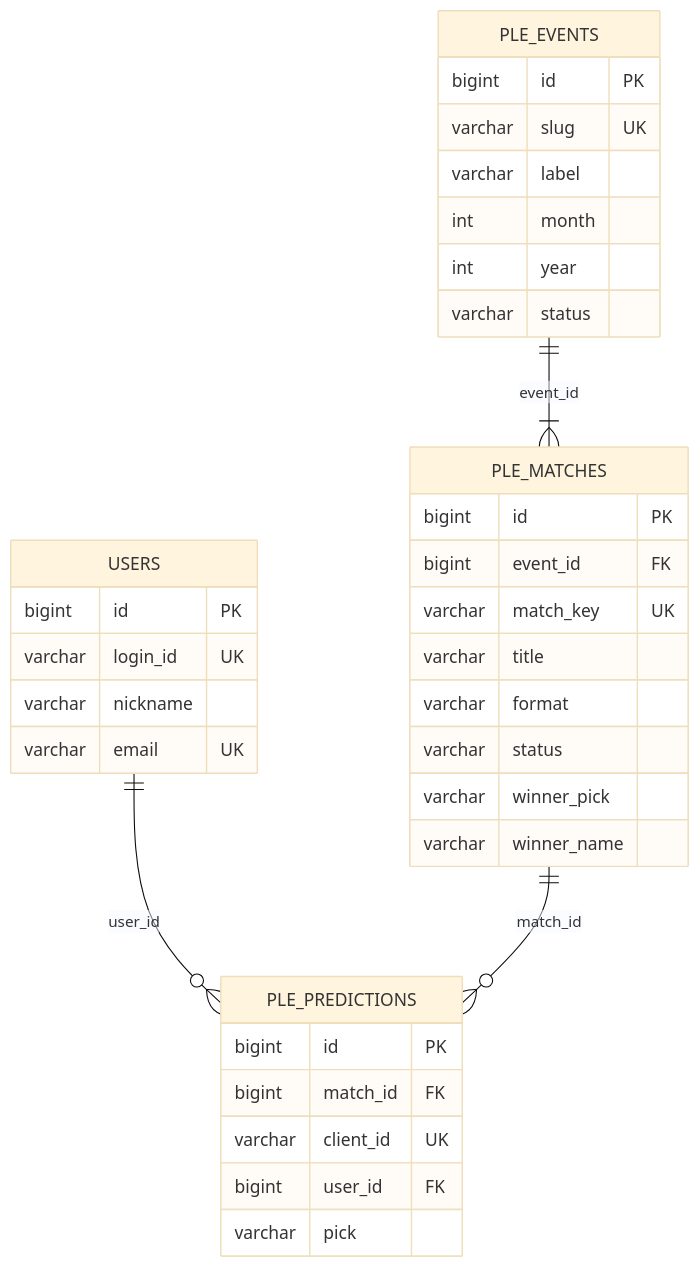
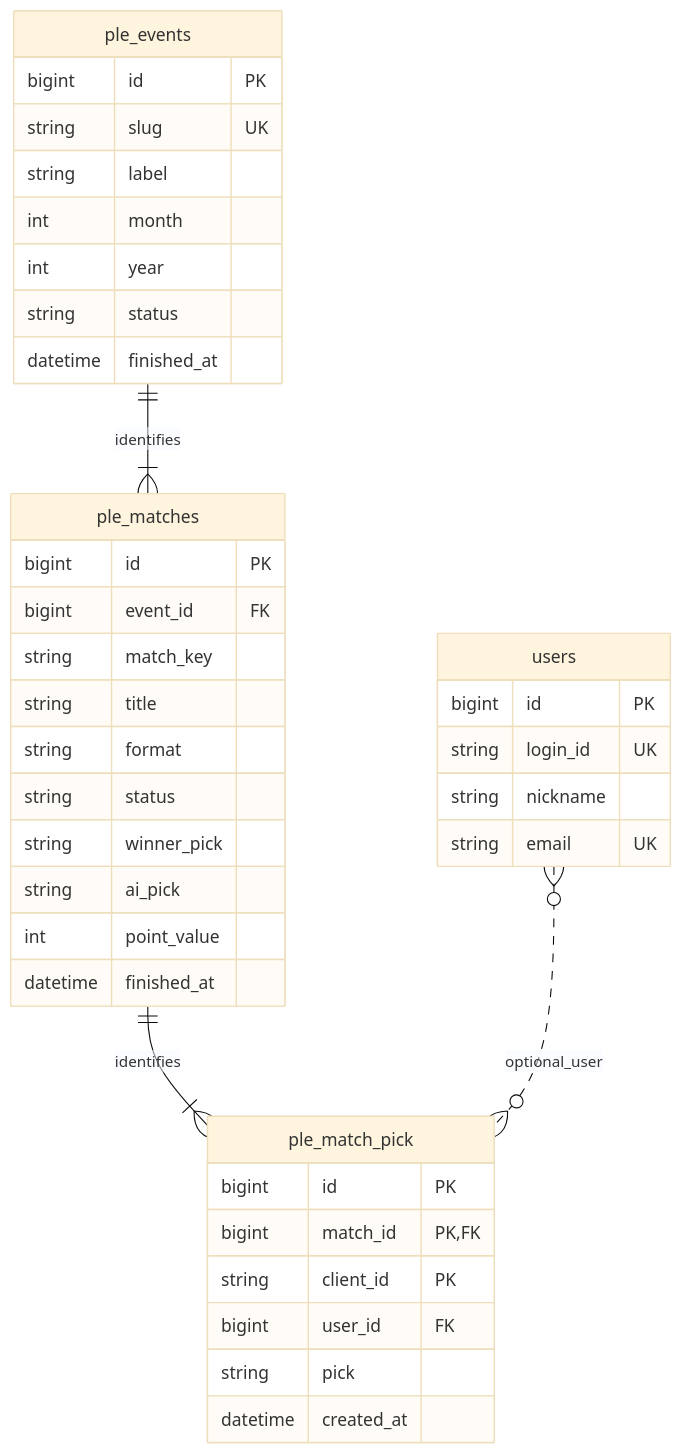
One commit to jsangho/cloud.jsangho.docs changed the diagram in DevOps/Backend/KAYFABE_ERD.md. Above: the diagram before and after it, drawn with Mermaid (base theme). The commit also changed other lines of this file and 1 other file, not shown here.

Commit message:
ERD 파일 수정

````diff
--- a/DevOps/Backend/KAYFABE_ERD.md
+++ b/DevOps/Backend/KAYFABE_ERD.md
@@ -47,41 +82,45 @@
 ```mermaid
 erDiagram
-    USERS ||--o{ PLE_PREDICTIONS : user_id
-    PLE_EVENTS ||--|{ PLE_MATCHES : event_id
-    PLE_MATCHES ||--o{ PLE_PREDICTIONS : match_id
+    ple_events ||--|{ ple_matches : identifies
+    ple_matches ||--|{ ple_match_pick : identifies
+    users }o..o{ ple_match_pick : optional_user
 
-    PLE_EVENTS {
+    ple_events {
         bigint id PK
-        varchar slug UK
-        varchar label
+        string slug UK
+        string label
         int month
         int year
-        varchar status
+        string status
+        datetime finished_at
     }
 
-    PLE_MATCHES {
+    ple_matches {
         bigint id PK
         bigint event_id FK
-        varchar match_key UK
-        varchar title
-        varchar format
-        varchar status
-        varchar winner_pick
-        varchar winner_name
+        string match_key
+        string title
+        string format
+        string status
+        string winner_pick
+        string ai_pick
+        int point_value
+        datetime finished_at
     }
 
-    PLE_PREDICTIONS {
+    ple_match_pick {
         bigint id PK
-        bigint match_id FK
-        varchar client_id UK
+        bigint match_id PK, FK
+        string client_id PK
         bigint user_id FK
-        varchar pick
+        string pick
+        datetime created_at
     }
 
-    USERS {
+    users {
         bigint id PK
-        varchar login_id UK
-        varchar nickname
-        varchar email UK
+        string login_id UK
+        string nickname
+        string email UK
     }
 ```
````
